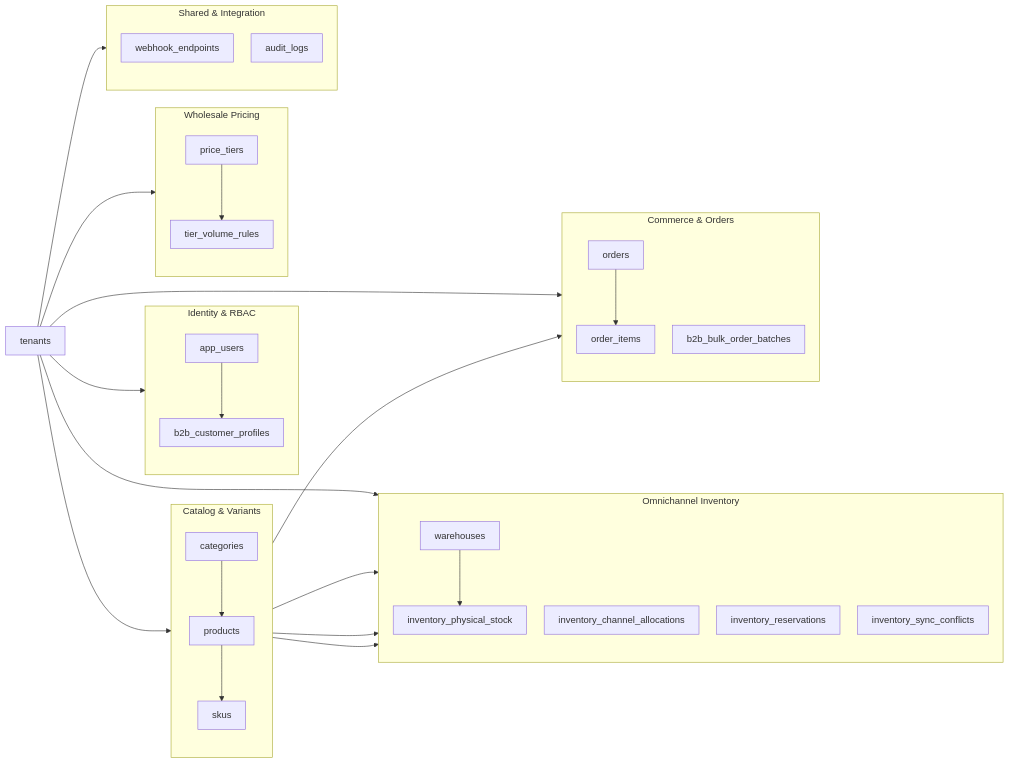
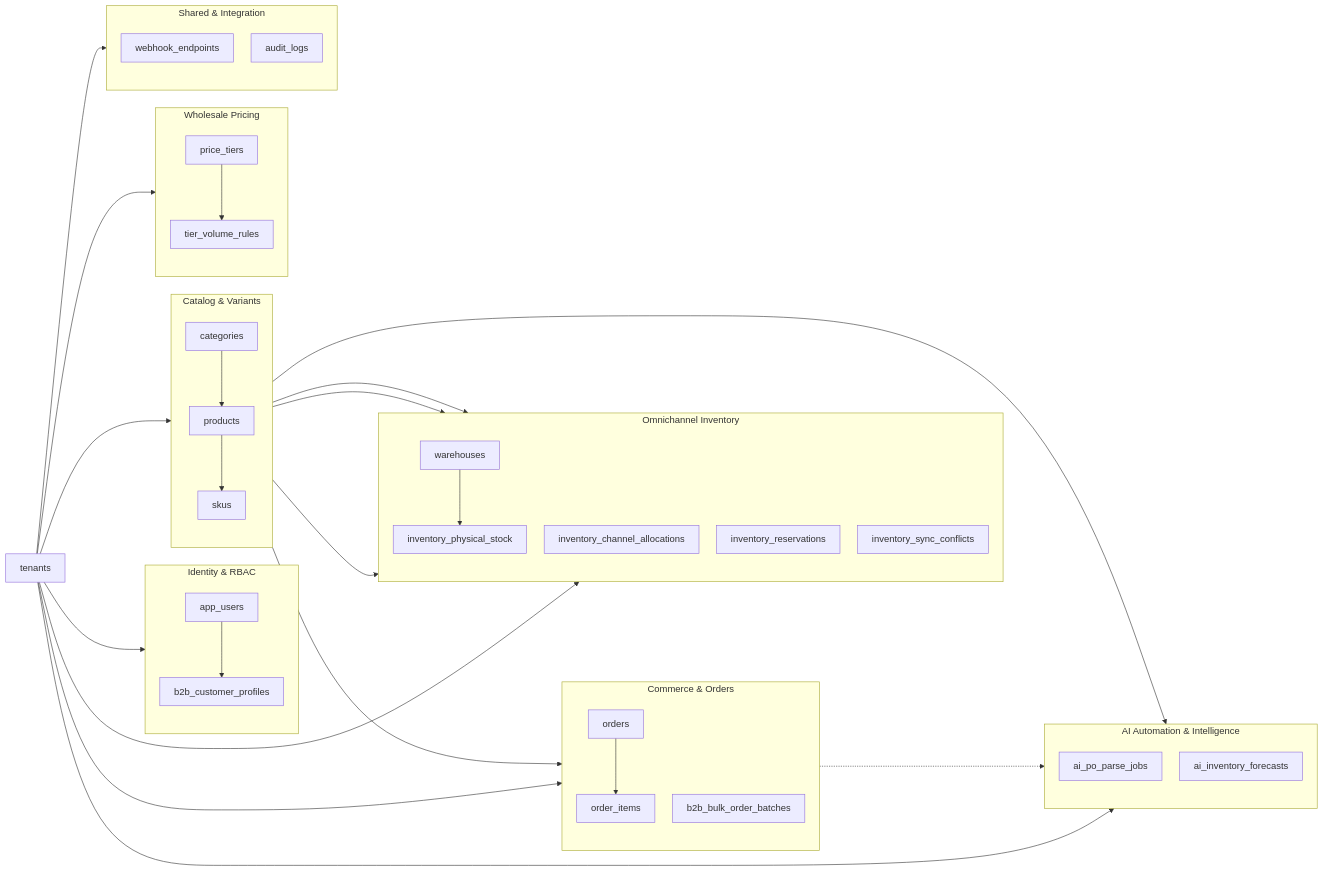
One commit to keybeand/OmniTennant changed the first of 3 diagrams in docs/DATABASE.md. Above: the diagram before and after it, drawn with Mermaid. The commit also changed other lines of this file and 12 other files, not shown here.

Commit message:
feat(ai): integrate AI Automation Engine (Snap-to-Order and Autonomous Inventory Copilot)

````diff
--- a/docs/DATABASE.md
+++ b/docs/DATABASE.md
@@ -19,63 +19,72 @@
 ```mermaid
 %%{init: {"flowchart": {"nodeSpacing": 30, "rankSpacing": 70, "padding": 12}}}%%
 flowchart LR
     T[tenants]
 
     subgraph identityGroup [Identity & RBAC]
         direction TB
         U[app_users]
         B2BP[b2b_customer_profiles]
     end
 
     subgraph catalogGroup [Catalog & Variants]
         direction TB
         CAT[categories]
         P[products]
         SKU[skus]
     end
 
     subgraph pricingGroup [Wholesale Pricing]
         direction TB
         PT[price_tiers]
         TVR[tier_volume_rules]
     end
 
     subgraph inventoryGroup [Omnichannel Inventory]
         direction TB
         WH[warehouses]
         IPS[inventory_physical_stock]
         ICA[inventory_channel_allocations]
         RES[inventory_reservations]
         CONF[inventory_sync_conflicts]
     end
 
     subgraph commerceGroup [Commerce & Orders]
         direction TB
         O[orders]
         OI[order_items]
         BAT[b2b_bulk_order_batches]
     end
 
     subgraph sharedGroup [Shared & Integration]
         direction TB
         WHK[webhook_endpoints]
         AUD[audit_logs]
     end
 
+    subgraph aiGroup [AI Automation & Intelligence]
+        direction TB
+        AIPO[ai_po_parse_jobs]
+        AIFC[ai_inventory_forecasts]
+    end
+
     T --> identityGroup
     T --> catalogGroup
     T --> pricingGroup
     T --> inventoryGroup
     T --> commerceGroup
     T --> sharedGroup
+    T --> aiGroup
 
     U --> B2BP
     CAT --> P --> SKU
     PT --> TVR
     WH --> IPS
     SKU --> IPS
     SKU --> ICA
     SKU --> RES
     O --> OI
     SKU --> OI
+    SKU --> AIFC
+    O -.-> AIPO
 ```
````
